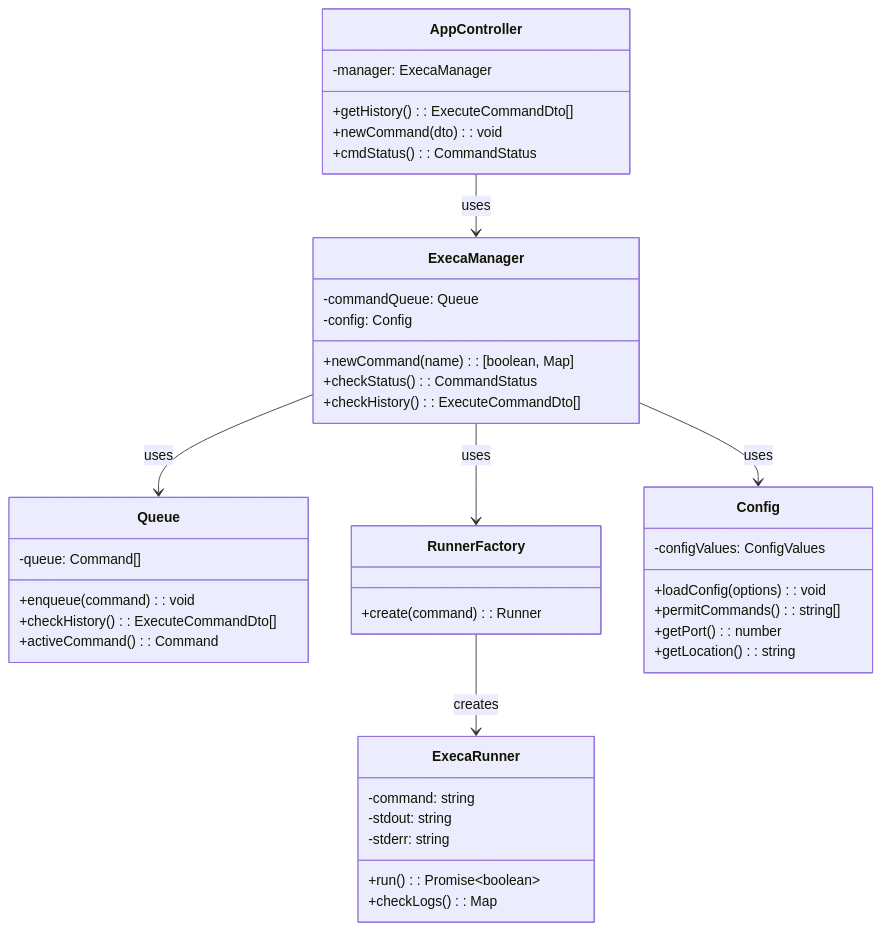
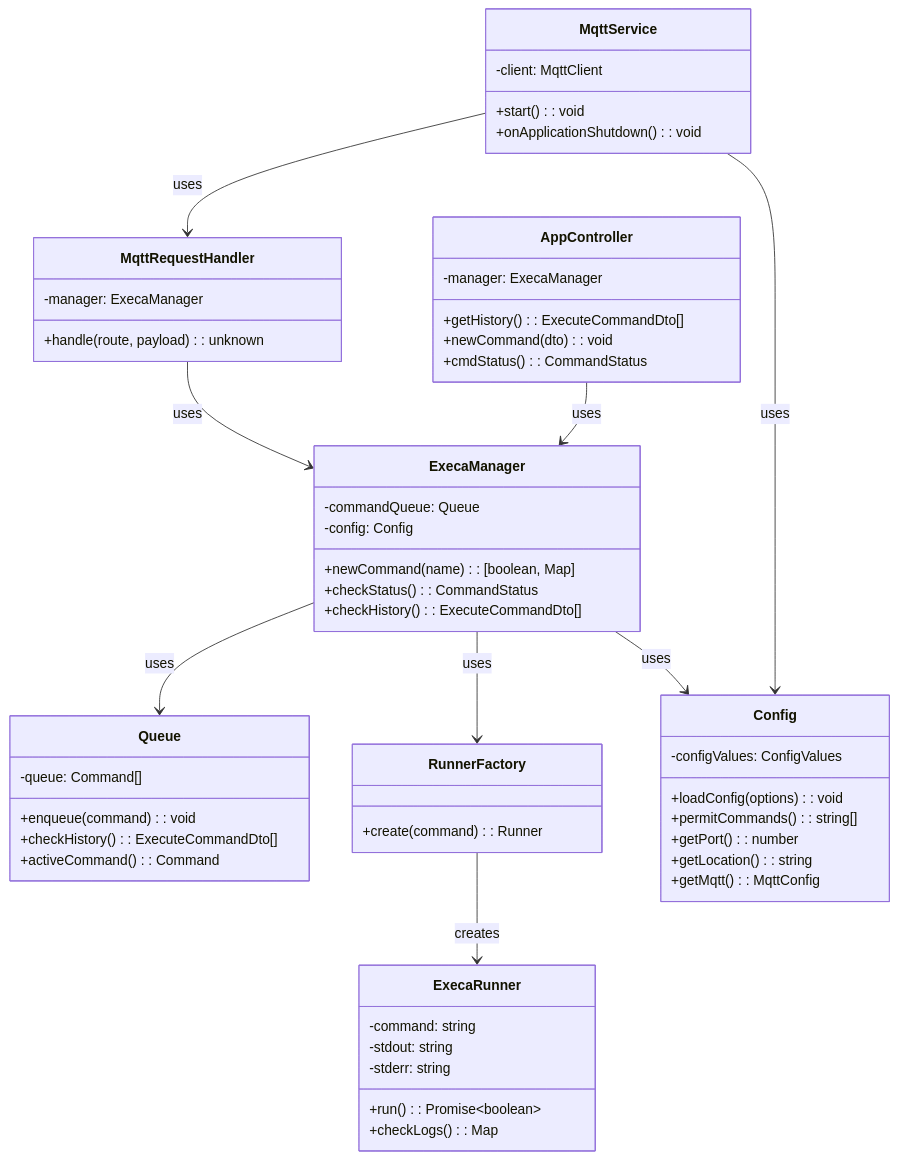
The diagram in docs/developer/codebase/runner.md (INTO-CPS-Association/DTaaS), drawn with Mermaid before and after one commit. The commit also changed other lines of this file and 24 other files, not shown here.

````diff
--- a/docs/developer/codebase/runner.md
+++ b/docs/developer/codebase/runner.md
@@ -44,50 +49,65 @@
 ```mermaid
 classDiagram
     class AppController {
         -manager: ExecaManager
         +getHistory(): ExecuteCommandDto[]
         +newCommand(dto): void
         +cmdStatus(): CommandStatus
     }
 
     class ExecaManager {
         -commandQueue: Queue
         -config: Config
         +newCommand(name): [boolean, Map]
         +checkStatus(): CommandStatus
         +checkHistory(): ExecuteCommandDto[]
     }
 
     class Queue {
         -queue: Command[]
         +enqueue(command): void
         +checkHistory(): ExecuteCommandDto[]
         +activeCommand(): Command
     }
 
     class RunnerFactory {
         +create(command): Runner
     }
 
     class ExecaRunner {
         -command: string
         -stdout: string
         -stderr: string
         +run(): Promise~boolean~
         +checkLogs(): Map
     }
 
     class Config {
         -configValues: ConfigValues
         +loadConfig(options): void
         +permitCommands(): string[]
         +getPort(): number
         +getLocation(): string
+        +getMqtt(): MqttConfig
+    }
+
+    class MqttService {
+        -client: MqttClient
+        +start(): void
+        +onApplicationShutdown(): void
+    }
+
+    class MqttRequestHandler {
+        -manager: ExecaManager
+        +handle(route, payload): unknown
     }
 
     AppController --> ExecaManager : uses
+    MqttService --> MqttRequestHandler : uses
+    MqttService --> Config : uses
+    MqttRequestHandler --> ExecaManager : uses
     ExecaManager --> Queue : uses
     ExecaManager --> Config : uses
     ExecaManager --> RunnerFactory : uses
     RunnerFactory --> ExecaRunner : creates
 ```
````
